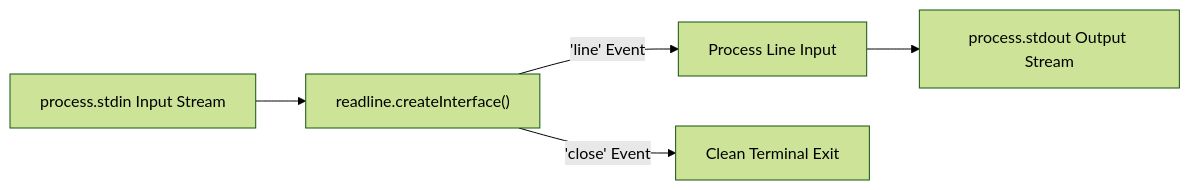
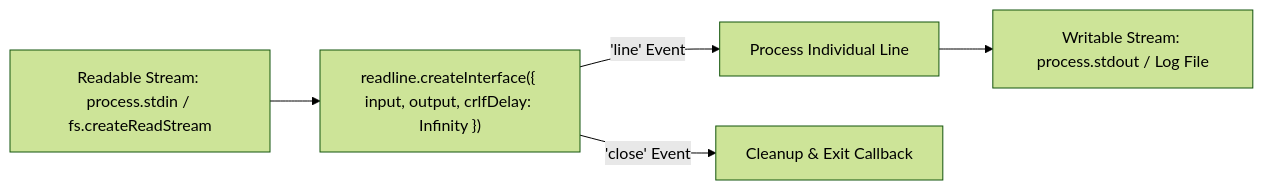
Before and after one commit to Amie-dev/engineering-playbook: the first of 2 diagrams in nodejs-notes/20-readline-and-repl.md, drawn with Mermaid (forest theme). The commit also changed other lines of this file and 32 other files, not shown here.

````diff
--- a/nodejs-notes/20-readline-and-repl.md
+++ b/nodejs-notes/20-readline-and-repl.md
@@ -10,7 +13,9 @@
 ```mermaid
 flowchart LR
-    Stdin[process.stdin Input Stream] --> ReadlineInterface["readline.createInterface()"]
-    ReadlineInterface -->|'line' Event| LineHandler[Process Line Input]
-    ReadlineInterface -->|'close' Event| ExitHandler[Clean Terminal Exit]
-    LineHandler --> Stdout[process.stdout Output Stream]
+    InputStream[Readable Stream: process.stdin / fs.createReadStream] --> RLInterface["readline.createInterface({ input, output, crlfDelay: Infinity })"]
+    
+    RLInterface -->|'line' Event| LineBuffer[Process Individual Line]
+    RLInterface -->|'close' Event| Complete[Cleanup & Exit Callback]
+    
+    LineBuffer --> OutputStream[Writable Stream: process.stdout / Log File]
 ```
````
